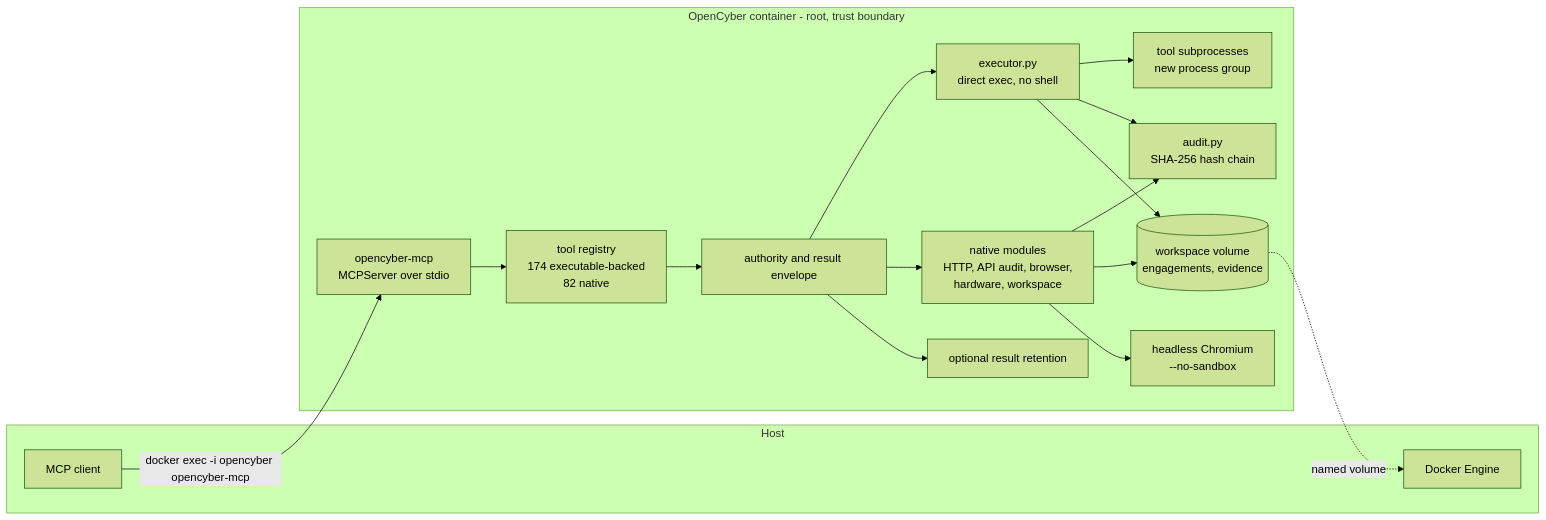
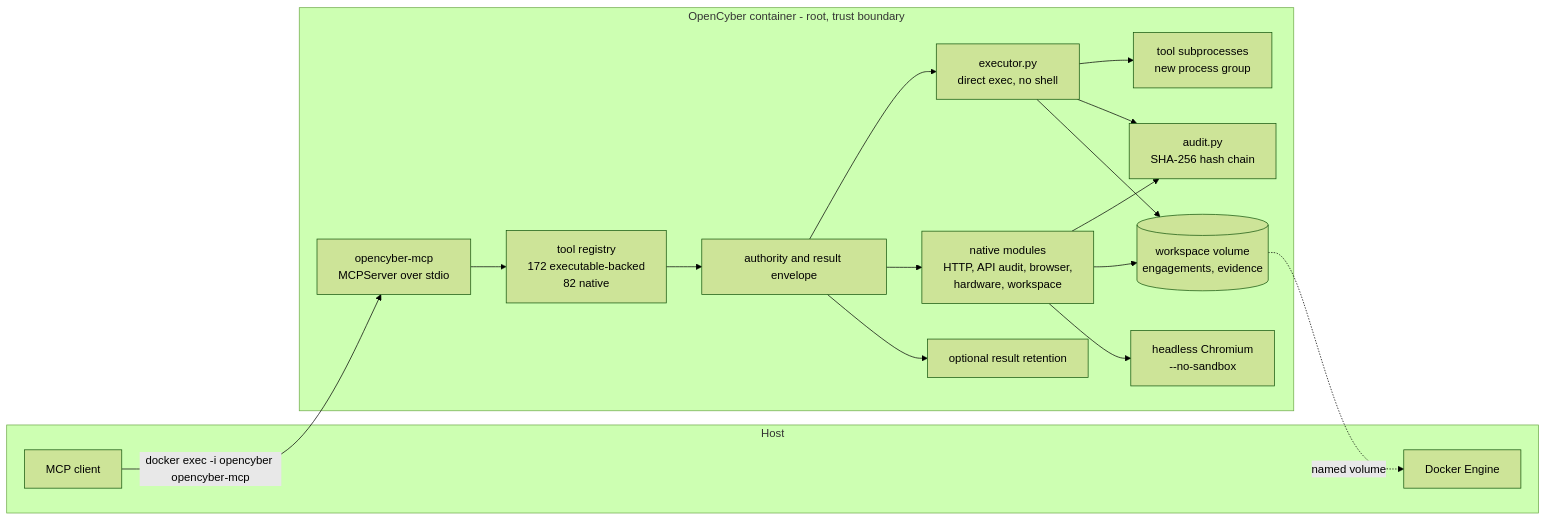
One commit to mitkox/opencyber changed the diagram in docs/ARCHITECTURE.md. Above: the diagram before and after it, drawn with Mermaid (forest theme). The commit also changed other lines of this file and 29 other files, not shown here.

````diff
--- a/docs/ARCHITECTURE.md
+++ b/docs/ARCHITECTURE.md
@@ -9,34 +9,34 @@
 ```mermaid
 flowchart LR
   subgraph Host
     Client["MCP client"]
     Docker["Docker Engine"]
   end
 
   subgraph Container["OpenCyber container - root, trust boundary"]
     Server["opencyber-mcp<br/>MCPServer over stdio"]
-    Registry["tool registry<br/>174 executable-backed<br/>82 native"]
+    Registry["tool registry<br/>172 executable-backed<br/>82 native"]
     Contract["authority and result envelope"]
     Results["optional result retention"]
     Executor["executor.py<br/>direct exec, no shell"]
     Native["native modules<br/>HTTP, API audit, browser,<br/>hardware, workspace"]
     Audit["audit.py<br/>SHA-256 hash chain"]
     Workspace[("workspace volume<br/>engagements, evidence")]
     Children["tool subprocesses<br/>new process group"]
     Chromium["headless Chromium<br/>--no-sandbox"]
   end
 
   Client -->|"docker exec -i opencyber opencyber-mcp"| Server
   Server --> Registry
   Registry --> Contract
   Contract --> Executor
   Contract --> Native
   Contract --> Results
   Executor --> Children
   Executor --> Audit
   Native --> Audit
   Executor --> Workspace
   Native --> Workspace
   Native --> Chromium
   Workspace -.->|"named volume"| Docker
 ```
````
